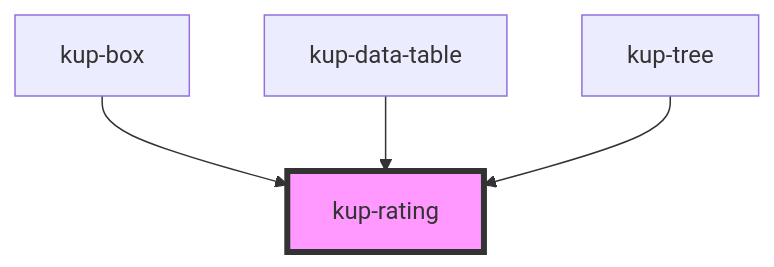
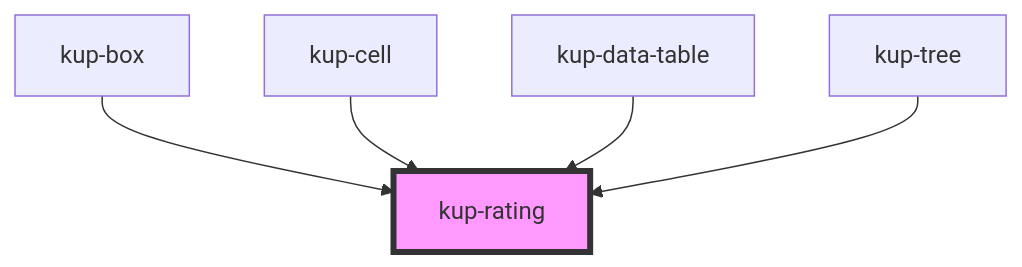
Before and after one commit to smeup/ketchup: the diagram in packages/ketchup/src/components/kup-rating/readme.md, drawn with Mermaid. The commit also changed other lines of this file and 12 other files, not shown here.

````diff
--- a/packages/ketchup/src/components/kup-rating/readme.md
+++ b/packages/ketchup/src/components/kup-rating/readme.md
@@ -75,7 +76,8 @@
 ```mermaid
 graph TD;
   kup-box --> kup-rating
+  kup-cell --> kup-rating
   kup-data-table --> kup-rating
   kup-tree --> kup-rating
   style kup-rating fill:#f9f,stroke:#333,stroke-width:4px
 ```
````
